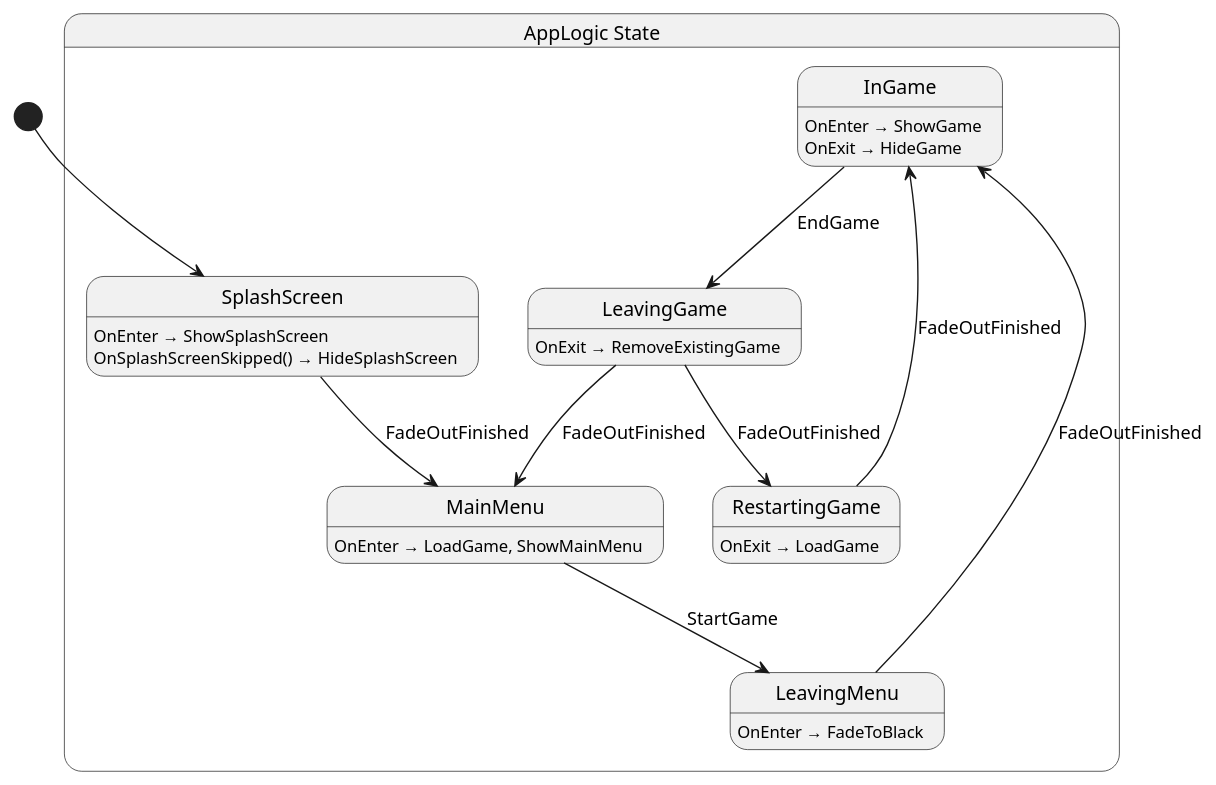
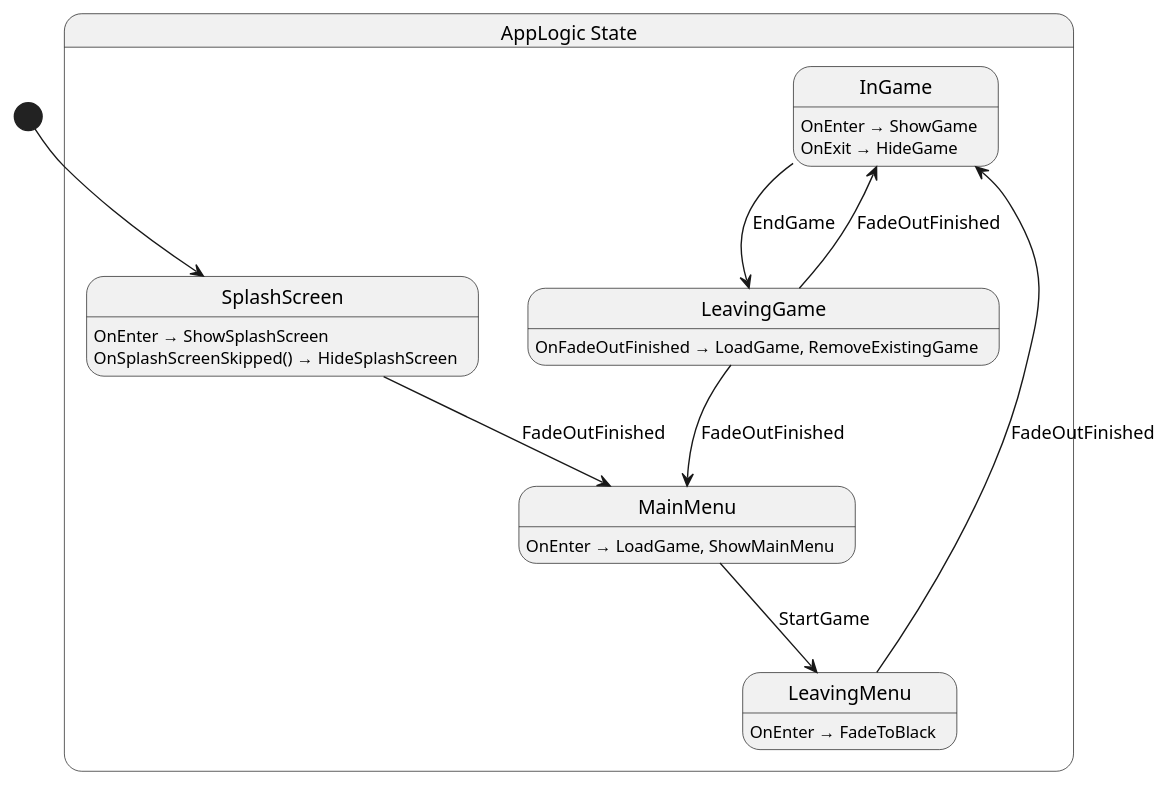
One commit to chickensoft-games/GameDemo changed the diagram in src/app/state/AppLogic.g.puml. Above: the diagram before and after it, drawn with PlantUML. The commit also changed 27 other files, not shown here.

Commit message:
refactor: repair going back to menu and restarting game behaviors

```diff
--- a/src/app/state/AppLogic.g.puml
+++ b/src/app/state/AppLogic.g.puml
@@ -1,34 +1,30 @@
 @startuml AppLogic
 state "AppLogic State" as GameDemo_AppLogic_State {
   state "InGame" as GameDemo_AppLogic_State_InGame {
     GameDemo_AppLogic_State_InGame : OnEnter → ShowGame
     GameDemo_AppLogic_State_InGame : OnExit → HideGame
   }
   state "LeavingGame" as GameDemo_AppLogic_State_LeavingGame {
-    GameDemo_AppLogic_State_LeavingGame : OnExit → RemoveExistingGame
+    GameDemo_AppLogic_State_LeavingGame : OnFadeOutFinished → LoadGame, RemoveExistingGame
   }
   state "LeavingMenu" as GameDemo_AppLogic_State_LeavingMenu {
     GameDemo_AppLogic_State_LeavingMenu : OnEnter → FadeToBlack
   }
   state "MainMenu" as GameDemo_AppLogic_State_MainMenu {
     GameDemo_AppLogic_State_MainMenu : OnEnter → LoadGame, ShowMainMenu
-  }
-  state "RestartingGame" as GameDemo_AppLogic_State_RestartingGame {
-    GameDemo_AppLogic_State_RestartingGame : OnExit → LoadGame
   }
   state "SplashScreen" as GameDemo_AppLogic_State_SplashScreen {
     GameDemo_AppLogic_State_SplashScreen : OnEnter → ShowSplashScreen
     GameDemo_AppLogic_State_SplashScreen : OnSplashScreenSkipped() → HideSplashScreen
   }
 }
 
 GameDemo_AppLogic_State_InGame --> GameDemo_AppLogic_State_LeavingGame : EndGame
+GameDemo_AppLogic_State_LeavingGame --> GameDemo_AppLogic_State_InGame : FadeOutFinished
 GameDemo_AppLogic_State_LeavingGame --> GameDemo_AppLogic_State_MainMenu : FadeOutFinished
-GameDemo_AppLogic_State_LeavingGame --> GameDemo_AppLogic_State_RestartingGame : FadeOutFinished
 GameDemo_AppLogic_State_LeavingMenu --> GameDemo_AppLogic_State_InGame : FadeOutFinished
 GameDemo_AppLogic_State_MainMenu --> GameDemo_AppLogic_State_LeavingMenu : StartGame
-GameDemo_AppLogic_State_RestartingGame --> GameDemo_AppLogic_State_InGame : FadeOutFinished
 GameDemo_AppLogic_State_SplashScreen --> GameDemo_AppLogic_State_MainMenu : FadeOutFinished
 
 [*] --> GameDemo_AppLogic_State_SplashScreen
 @enduml
```
